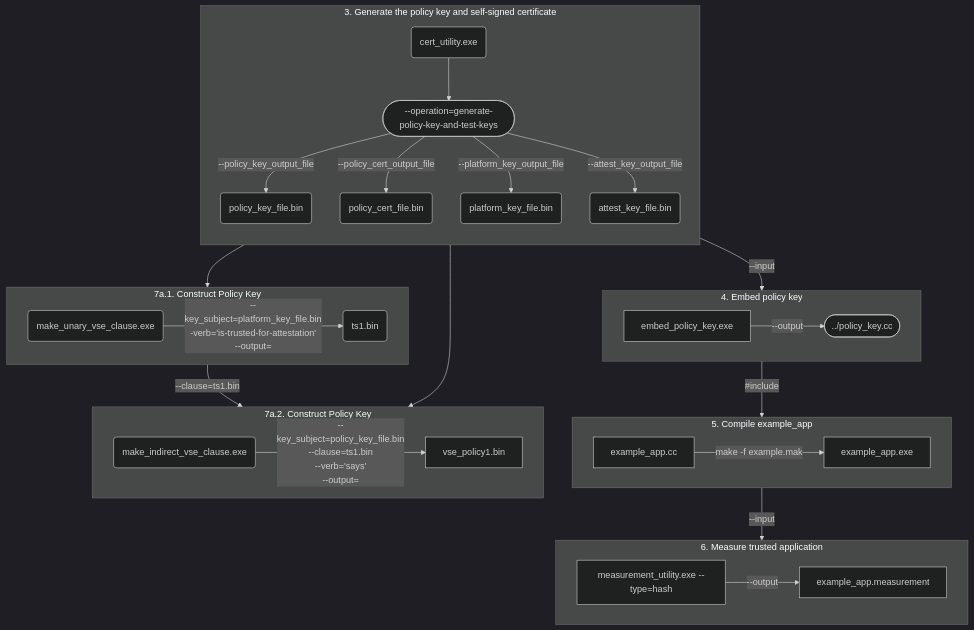
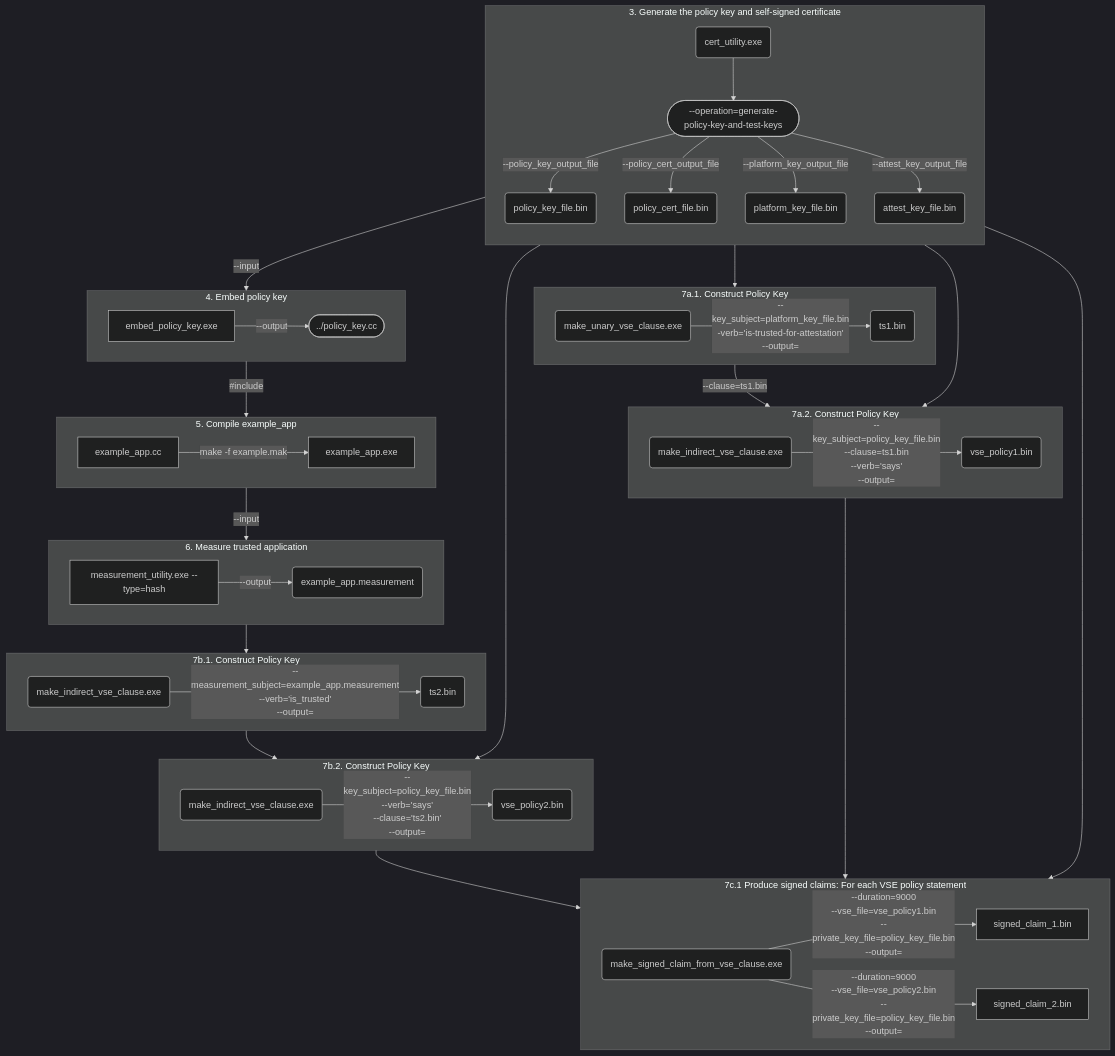
Before and after one commit to georgievaVMW/certifier-framework-for-confidential-computing: the third of 3 diagrams in sample_apps/simple_app/instructions.md, drawn with Mermaid (dark theme).

Commit message:
Add thru 7c.1 Produce signed claims: For each VSE policy statement

````diff
--- a/sample_apps/simple_app/instructions.md
+++ b/sample_apps/simple_app/instructions.md
@@ -94,42 +94,66 @@
 ```mermaid
  flowchart TB
     subgraph sg3 [3. Generate the policy key and self-signed certificate]
       direction TB
       id12(cert_utility.exe) --> id31(["--operation=generate-policy-key-and-test-keys"])
-      id31 -- "--policy_key_output_file" --> id32(policy_key_file.bin)
-      id31 -- "--policy_cert_output_file" --> id33(policy_cert_file.bin)
+      id31 -- "--policy_key_output_file"   --> id32(policy_key_file.bin)
+      id31 -- "--policy_cert_output_file"  --> id33(policy_cert_file.bin)
       id31 -- "--platform_key_output_file" --> id34(platform_key_file.bin)
-      id31 -- "--attest_key_output_file" --> id35(attest_key_file.bin)
+      id31 -- "--attest_key_output_file"   --> id35(attest_key_file.bin)
     end
 
     subgraph sg4 [4. Embed policy key]
       direction LR
       id33(policy_cert_file.bin) -- "--input" --> embed_policy_key.exe
       embed_policy_key.exe -- "--output" --> id41([../policy_key.cc, linked with example_app.cc])
     end
 
     subgraph sg5 [5. Compile example_app]
       direction LR
       id41([../policy_key.cc]) -- "#include" --> example_app.cc
       example_app.cc -- "make -f example.mak" --> example_app.exe
     end
 
     subgraph shg6 [6. Measure trusted application]
       direction LR
       example_app.exe -- "--input" --> id6.1[measurement_utility.exe --type=hash]
-      id6.1 -- "--output" --> example_app.measurement
+      id6.1 -- "--output" --> id6o(example_app.measurement)
     end
 
     subgraph shg7a1 [7a.1. Construct Policy Key]
       direction LR
       id34 --> id7a1_1(make_unary_vse_clause.exe)
       id7a1_1 -- "--key_subject=platform_key_file.bin\n-verb='is-trusted-for-attestation'\n--output=" --> 7a1_o(ts1.bin)
     end
 
     subgraph shg7a2 [7a.2. Construct Policy Key\n]
       direction LR
-      id32 --> id7a2_1(make_indirect_vse_clause.exe)
-      7a1_o -- "--clause=ts1.bin" --> id7a2_1
-      id7a2_1 -- "--key_subject=policy_key_file.bin\n--clause=ts1.bin\n--verb='says'\n--output=" --> vse_policy1.bin
+      id32 --> id7a2_exe(make_indirect_vse_clause.exe)
+      7a1_o -- "--clause=ts1.bin" --> id7a2_exe
+      id7a2_exe -- "--key_subject=policy_key_file.bin\n--clause=ts1.bin\n--verb='says'\n--output=" --> id7a2_o(vse_policy1.bin)
     end
+
+    subgraph shg7b1 [7b.1. Construct Policy Key\n]
+      direction LR
+      id6o --> id7b1_exe(make_indirect_vse_clause.exe)
+      id7b1_exe -- "--measurement_subject=example_app.measurement\n--verb='is_trusted'\n--output=" --> id7b1_o(ts2.bin)
+    end
+
+    subgraph shg7b2 [7b.2. Construct Policy Key\n]
+      direction LR
+      id7b1_o --> id7b2_exe(make_indirect_vse_clause.exe)
+      id32 --> id7b2_exe
+      id7b2_exe -- "--key_subject=policy_key_file.bin\n--verb='says'\n--clause='ts2.bin'\n--output=" --> id7b2_o(vse_policy2.bin)
+
+    end
+
+  subgraph sg7c1 [7c.1 Produce signed claims: For each VSE policy statement]
+    direction LR
+    id7a2_o --> id7c1_exe(make_signed_claim_from_vse_clause.exe)
+    id32    --> id7c1_exe
+    id7c1_exe -- "--duration=9000\n--vse_file=vse_policy1.bin\n--private_key_file=policy_key_file.bin\n--output=" --> signed_claim_1.bin
+
+    id7b2_o --> id7c1_exe
+    id7c1_exe -- "--duration=9000\n--vse_file=vse_policy2.bin\n--private_key_file=policy_key_file.bin\n--output=" --> signed_claim_2.bin
+  end
 ```
````
